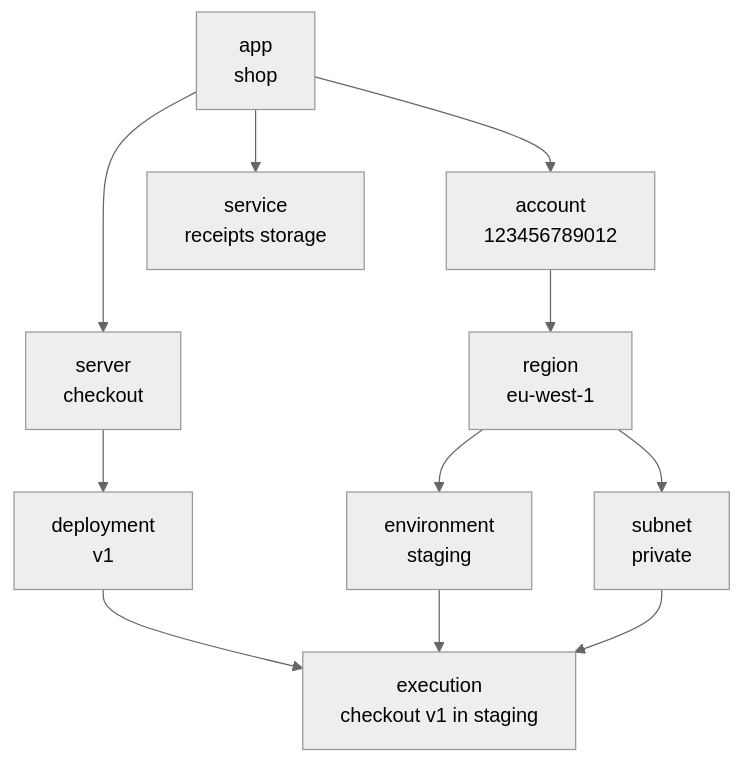
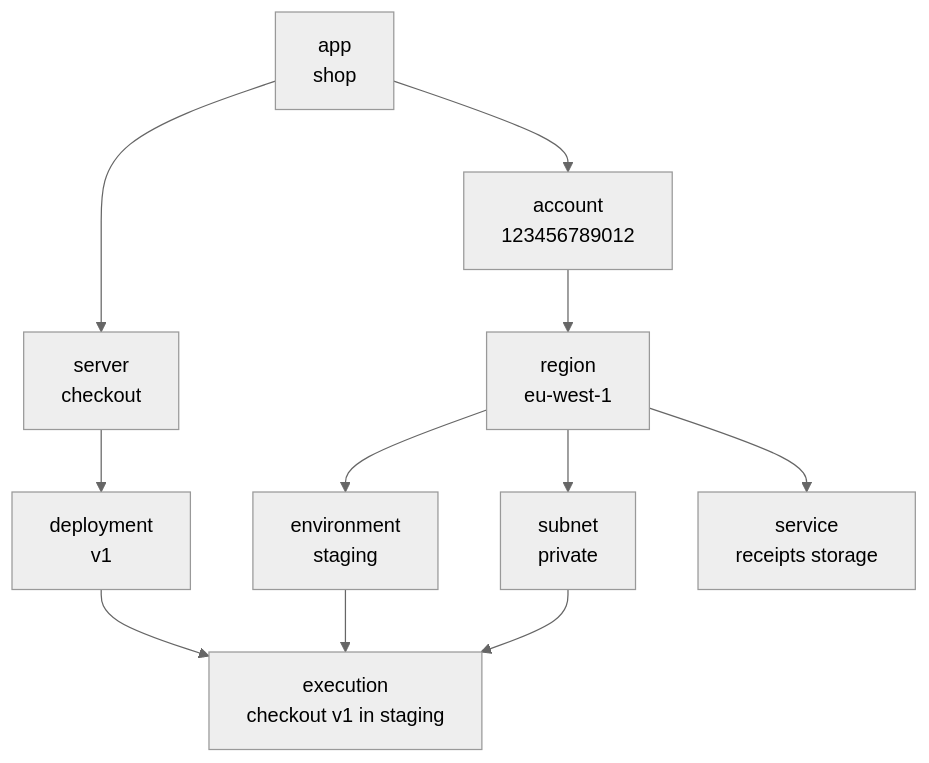
The diagram in apps/octo-docs/docs/fundamentals/models.mdx (quadnix/octo), drawn with Mermaid (neutral theme) before and after one commit. The commit also changed other lines of this file and 9 other files, not shown here.

Commit message:
chore(docs): octo | place a service under any parents with a type and label, and put the static website in a serverless region.

````diff
--- a/apps/octo-docs/docs/fundamentals/models.mdx
+++ b/apps/octo-docs/docs/fundamentals/models.mdx
@@ -21,23 +21,23 @@
 ```mermaid
 graph TD
 ;
     app["app<br/>shop"];
     account["account<br/>123456789012"];
     region["region<br/>eu-west-1"];
     environment["environment<br/>staging"];
     subnet["subnet<br/>private"];
     server["server<br/>checkout"];
     deployment["deployment<br/>v1"];
     execution["execution<br/>checkout v1 in staging"];
     service["service<br/>receipts storage"];
     app --> account;
     account --> region;
     region --> environment;
     region --> subnet;
     app --> server;
     server --> deployment;
-    app --> service;
+    region --> service;
     deployment --> execution;
     environment --> execution;
     subnet --> execution;
 ```
````
